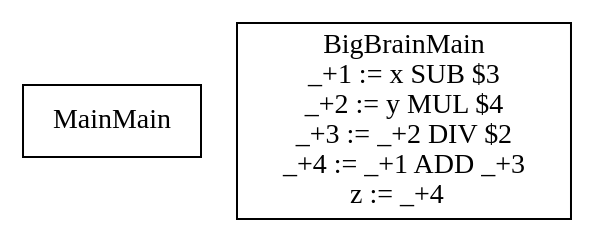
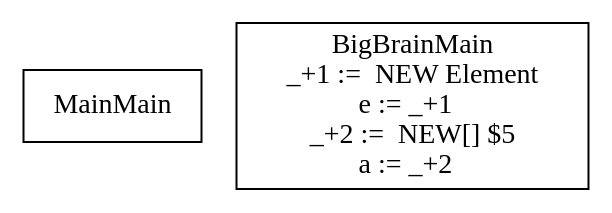
The diagram in dot.dot (AvanaPY/DV1655_Lab1), drawn with Graphviz before and after one commit. The commit also changed 4 other files, not shown here.

```diff
--- a/dot.dot
+++ b/dot.dot
@@ -1,6 +1,6 @@
 digraph {
   graph [splines=ortho]
   node [shape=box]
   MainMain [label="MainMain\n"];
-  BigBrainMain [label="BigBrainMain\n_+1 := x SUB $3\n_+2 := y MUL $4\n_+3 := _+2 DIV $2\n_+4 := _+1 ADD _+3\nz := _+4  \n"];
+  BigBrainMain [label="BigBrainMain\n_+1 :=  NEW Element\ne := _+1  \n_+2 :=  NEW[] $5\na := _+2  \n"];
 }
```
